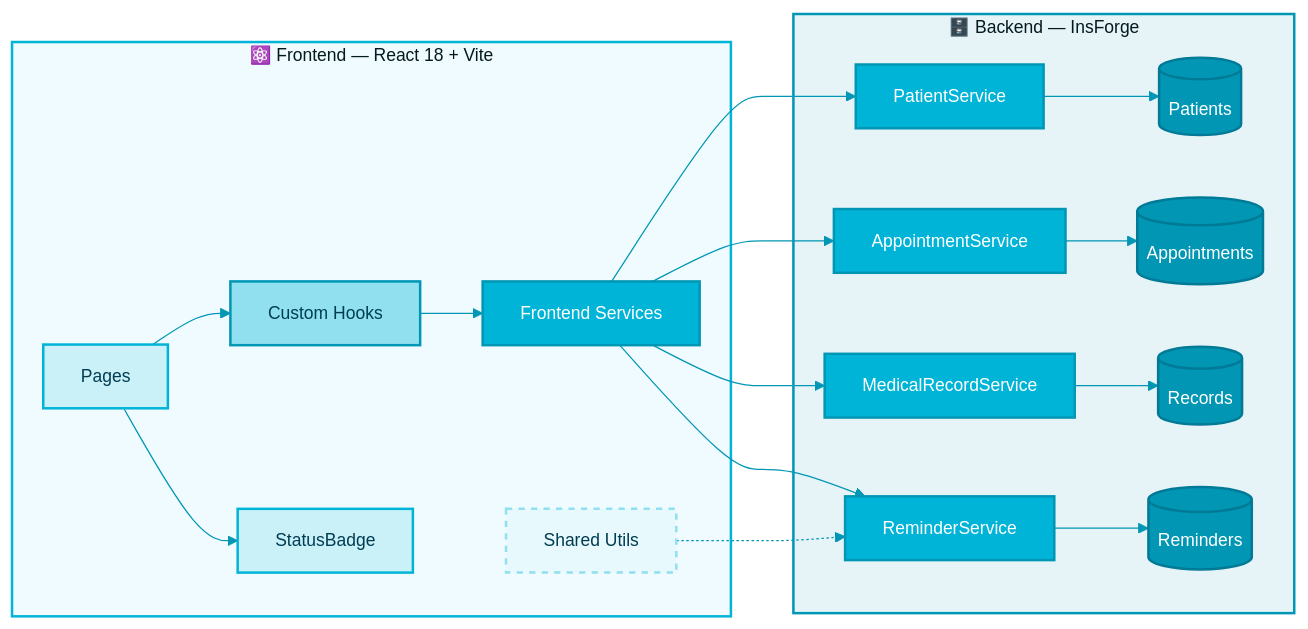
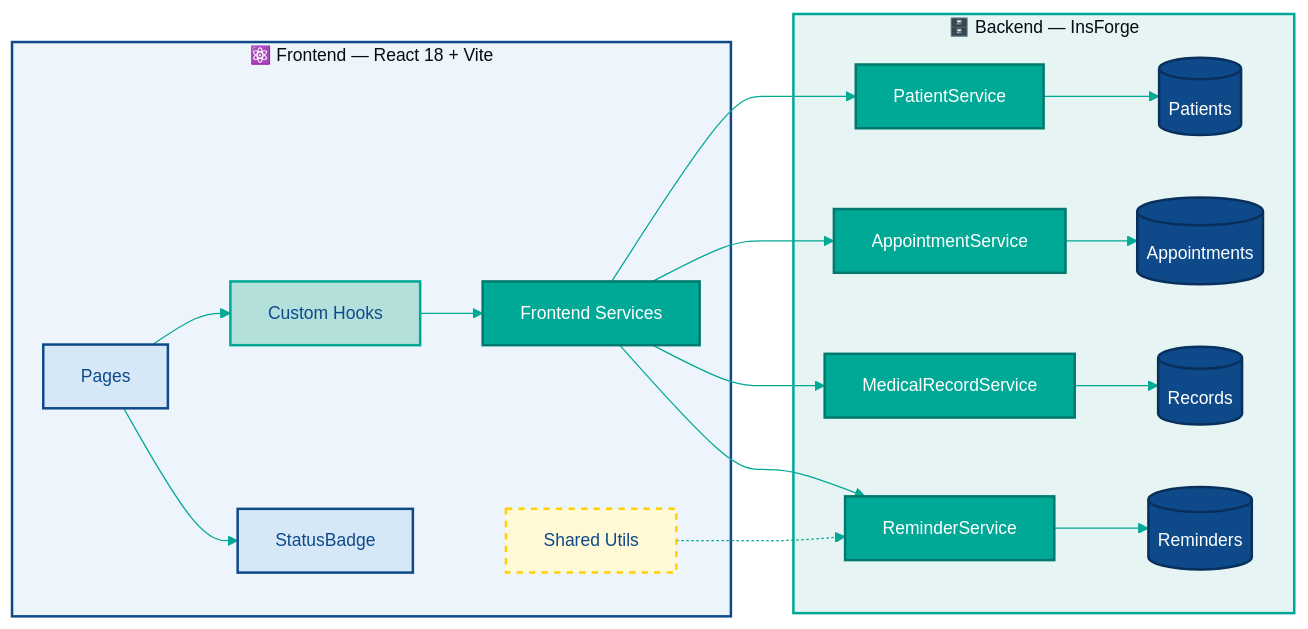
The first of 4 diagrams in docs/01-arquitectura.md (juradoger/medil-crm), drawn with Mermaid before and after one commit. The commit also changed other lines of this file and 7 other files, not shown here.

First line of the commit message:
docs: README profesional bilingue con logo, diagramas ilustrados y paleta de marca

````diff
--- a/docs/01-arquitectura.md
+++ b/docs/01-arquitectura.md
@@ -22,46 +22,46 @@
 ```mermaid
-%%{init: {'theme': 'base', 'themeVariables': {'primaryColor': '#CAF0F8', 'primaryBorderColor': '#00B4D8', 'lineColor': '#0096B4', 'fontSize': '14px'}}}%%
+%%{init: {'theme': 'base', 'themeVariables': {'primaryColor': '#d6e8f7', 'primaryBorderColor': '#0E4A8A', 'lineColor': '#00A896', 'fontSize': '14px'}}}%%
 graph LR
-    classDef page  fill:#CAF0F8,stroke:#00B4D8,stroke-width:2px,color:#003d52
-    classDef hook  fill:#90E0EF,stroke:#0096B4,stroke-width:2px,color:#003d52
-    classDef svc   fill:#00B4D8,stroke:#0096B4,stroke-width:2px,color:#fff
-    classDef db    fill:#0096B4,stroke:#007a96,stroke-width:2px,color:#fff
-    classDef util  fill:#e8f9fd,stroke:#90E0EF,stroke-width:2px,stroke-dasharray:5,color:#003d52
+    classDef page  fill:#d6e8f7,stroke:#0E4A8A,stroke-width:2px,color:#0E4A8A
+    classDef hook  fill:#b3e0db,stroke:#00A896,stroke-width:2px,color:#0E4A8A
+    classDef svc   fill:#00A896,stroke:#007a6e,stroke-width:2px,color:#fff
+    classDef db    fill:#0E4A8A,stroke:#092f5c,stroke-width:2px,color:#fff
+    classDef util  fill:#fff9d6,stroke:#FFD100,stroke-width:2px,stroke-dasharray:5,color:#0E4A8A
 
     subgraph FE["⚛️  Frontend — React 18 + Vite"]
         PAGES[Pages]
         HOOKS[Custom Hooks]
         COMP[StatusBadge]
         SVCF[Frontend Services]
         CONST[Shared Utils]
     end
 
     subgraph BE["🗄️  Backend — InsForge"]
         SVC_PAT[PatientService]
         DB_PAT[(Patients)]
         SVC_APT[AppointmentService]
         DB_APT[(Appointments)]
         SVC_REC[MedicalRecordService]
         DB_REC[(Records)]
         SVC_REM[ReminderService]
         DB_REM[(Reminders)]
     end
 
     PAGES --> HOOKS
     PAGES --> COMP
     HOOKS --> SVCF
     SVCF --> SVC_PAT --> DB_PAT
     SVCF --> SVC_APT --> DB_APT
     SVCF --> SVC_REC --> DB_REC
     SVCF --> SVC_REM --> DB_REM
     CONST -.-> SVC_REM
 
     class PAGES,COMP page
     class HOOKS hook
     class SVCF,SVC_PAT,SVC_APT,SVC_REC,SVC_REM svc
     class DB_PAT,DB_APT,DB_REC,DB_REM db
     class CONST util
 
-    style FE fill:#f0fbff,stroke:#00B4D8,stroke-width:2px
-    style BE fill:#e6f4f8,stroke:#0096B4,stroke-width:2px
+    style FE fill:#edf4fb,stroke:#0E4A8A,stroke-width:2px
+    style BE fill:#e6f5f3,stroke:#00A896,stroke-width:2px
 ```
````
